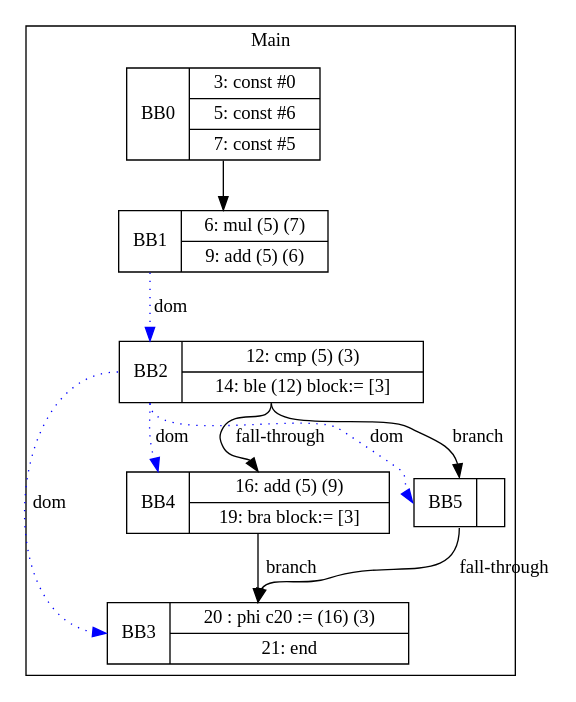
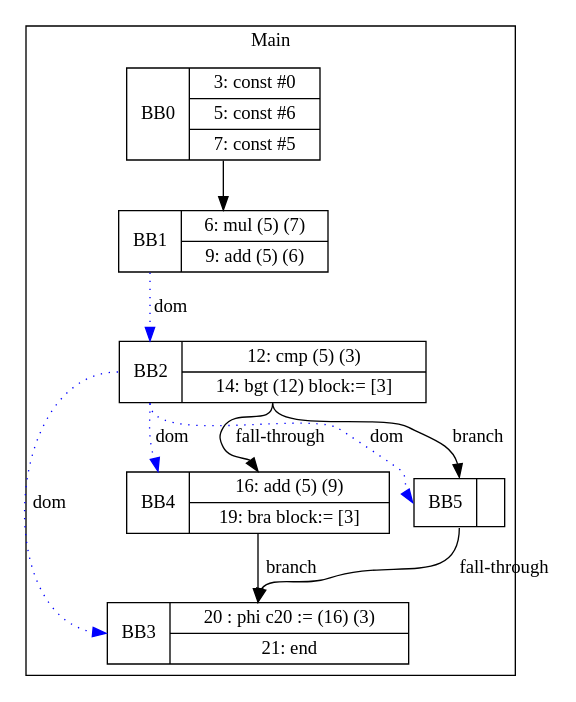
One commit to zjc664656505/UCI-CS241-Advanced-Compiler-main changed the diagram in visualization/Ricky/ifTests/iftest.gv. Above: the diagram before and after it, drawn with Graphviz. The commit also changed 20 other files, not shown here.

```diff
--- a/visualization/Ricky/ifTests/iftest.gv
+++ b/visualization/Ricky/ifTests/iftest.gv
@@ -1,21 +1,21 @@
 digraph G {
 node [shape=record];
 subgraph cluster_main{
 label = "Main";
 BB0 [shape=record, label="<b>BB0|{3: const #0|5: const #6|7: const #5}"];
 BB1 [shape=record, label="<b>BB1|{6: mul (5) (7)|9: add (5) (6)}"];
-BB2 [shape=record, label="<b>BB2|{12: cmp (5) (3)|14: ble (12) block:= [3]}"];
+BB2 [shape=record, label="<b>BB2|{12: cmp (5) (3)|14: bgt (12) block:= [3]}"];
 BB3 [shape=record, label="<b>BB3|{20 : phi c20 := (16) (3)|21: end}"];
 BB4 [shape=record, label="<b>BB4|{16: add (5) (9)|19: bra block:= [3]}"];
 BB5 [shape=record, label="<b>BB5|}"];
 }
 BB0:s -> BB1:n ;
 BB2:b -> BB3:b [color=blue, style=dotted, label="dom"];
 BB2:b -> BB4:b [color=blue, style=dotted, label="dom"];
 BB1:b -> BB2:b [color=blue, style=dotted, label="dom"];
 BB2:b -> BB5:b [color=blue, style=dotted, label="dom"];
 BB2:s -> BB5:n [label="branch"];
 BB4:s -> BB3:n [label="branch"];
 BB5:s -> BB3:n [label="fall-through"];
 BB2:s -> BB4:n [label="fall-through"];
 }
```
